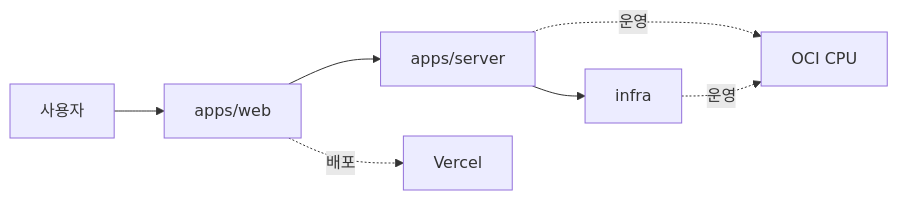
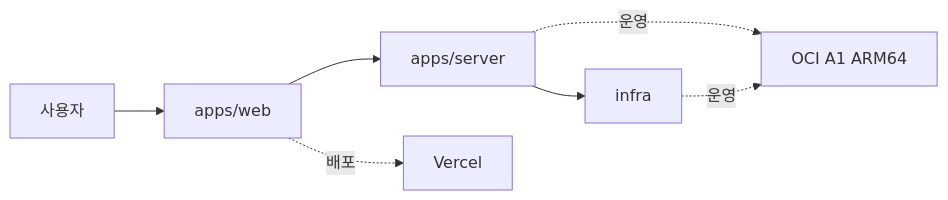
Before and after one commit to bhoon716/zup-zup: the diagram in README.md, drawn with Mermaid. The commit also changed other lines of this file and 24 other files, not shown here.

````diff
--- a/README.md
+++ b/README.md
@@ -49,9 +49,9 @@
 ```mermaid
 flowchart LR
   U[사용자] --> W[apps/web]
   W --> S[apps/server]
   S --> I[infra]
   W -. 배포 .-> V[Vercel]
-  S -. 운영 .-> O[OCI CPU]
+  S -. 운영 .-> O[OCI A1 ARM64]
   I -. 운영 .-> O
 ```
````
